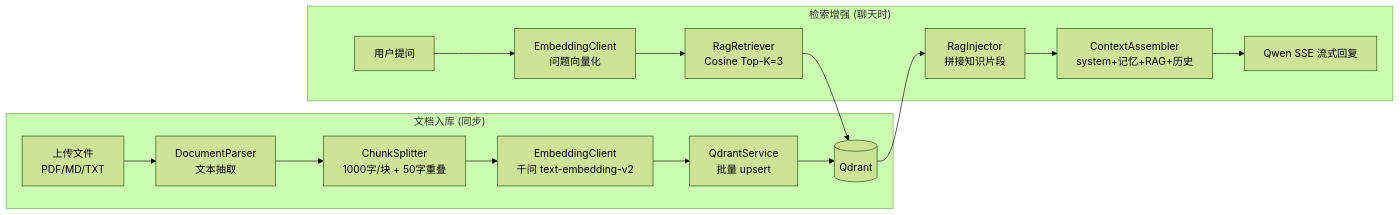
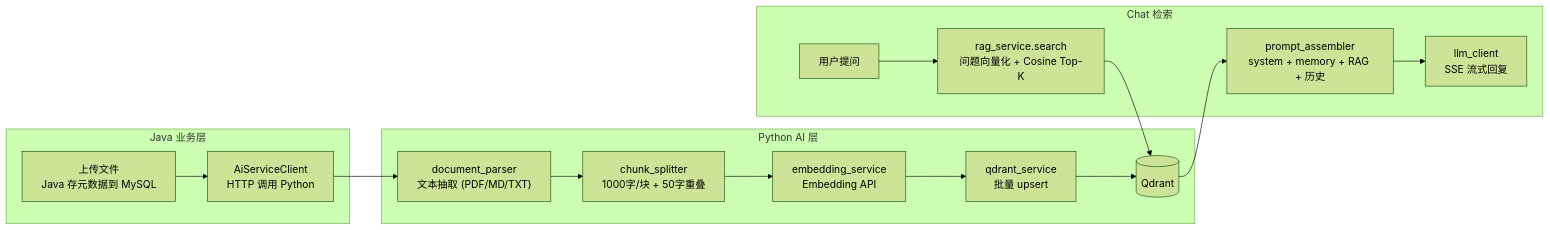
Before and after one commit to KONGBAI666666/xinyu: the fourth of 4 diagrams in README.md, drawn with Mermaid (forest theme). The commit also changed other lines of this file, not shown here.

Commit message:
docs: 更新 README 反映 Java + Python 多语言架构 + gitignore 补充

````diff
--- a/README.md
+++ b/README.md
@@ -124,19 +121,22 @@
 ```mermaid
 flowchart LR
-    subgraph Upload["文档入库 (同步)"]
-        U1["上传文件<br/>PDF/MD/TXT"] --> U2["DocumentParser<br/>文本抽取"]
-        U2 --> U3["ChunkSplitter<br/>1000字/块 + 50字重叠"]
-        U3 --> U4["EmbeddingClient<br/>千问 text-embedding-v2"]
-        U4 --> U5["QdrantService<br/>批量 upsert"]
-        U5 --> Q[("Qdrant")]
+    subgraph Java 业务层
+        J1["上传文件<br/>Java 存元数据到 MySQL"] --> J2["AiServiceClient<br/>HTTP 调用 Python"]
     end
 
-    subgraph Chat["检索增强 (聊天时)"]
-        C1["用户提问"] --> C2["EmbeddingClient<br/>问题向量化"]
-        C2 --> C3["RagRetriever<br/>Cosine Top-K=3"]
-        C3 --> Q
-        Q --> C4["RagInjector<br/>拼接知识片段"]
-        C4 --> C5["ContextAssembler<br/>system+记忆+RAG+历史"]
-        C5 --> C6["Qwen SSE 流式回复"]
+    subgraph Python AI 层
+        U1["document_parser<br/>文本抽取 (PDF/MD/TXT)"] --> U2["chunk_splitter<br/>1000字/块 + 50字重叠"]
+        U2 --> U3["embedding_service<br/>Embedding API"]
+        U3 --> U4["qdrant_service<br/>批量 upsert"]
+        U4 --> Q[("Qdrant")]
     end
+
+    subgraph Chat 检索
+        C1["用户提问"] --> C2["rag_service.search<br/>问题向量化 + Cosine Top-K"]
+        C2 --> Q
+        Q --> C3["prompt_assembler<br/>system + memory + RAG + 历史"]
+        C3 --> C4["llm_client<br/>SSE 流式回复"]
+    end
+
+    J2 --> U1
 ```
````
